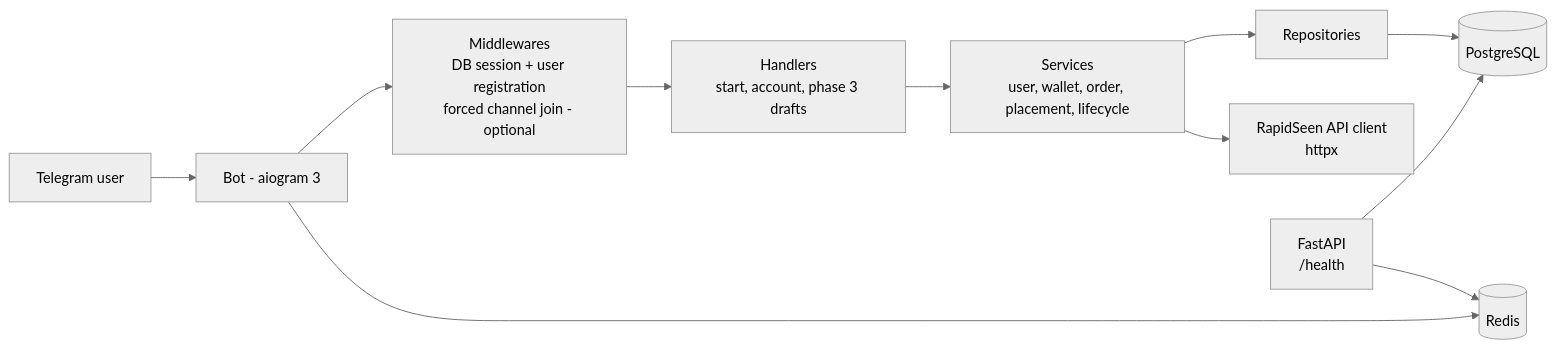
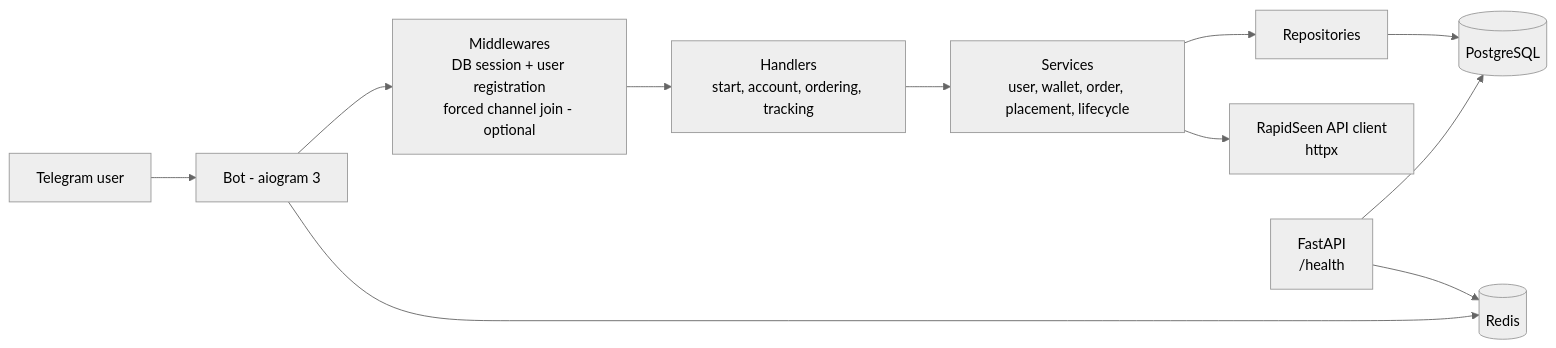
The first of 2 diagrams in docs/architecture.md (ftharir/telegram-services-platform), drawn with Mermaid (neutral theme) before and after one commit. The commit also changed 4 other files, not shown here.

````diff
--- a/docs/architecture.md
+++ b/docs/architecture.md
@@ -5,13 +5,13 @@
 ```mermaid
 flowchart LR
     U[Telegram user] --> B[Bot - aiogram 3]
     B --> MW[Middlewares<br>DB session + user registration<br>forced channel join - optional]
-    MW --> H[Handlers<br>start, account, phase 3 drafts]
+    MW --> H[Handlers<br>start, account, ordering, tracking]
     H --> S[Services<br>user, wallet, order, placement, lifecycle]
     S --> R[Repositories]
     R --> PG[(PostgreSQL)]
     B --> RD[(Redis)]
     S --> RS[RapidSeen API client<br>httpx]
     W[FastAPI<br>/health] --> PG
     W --> RD
 ```
````
